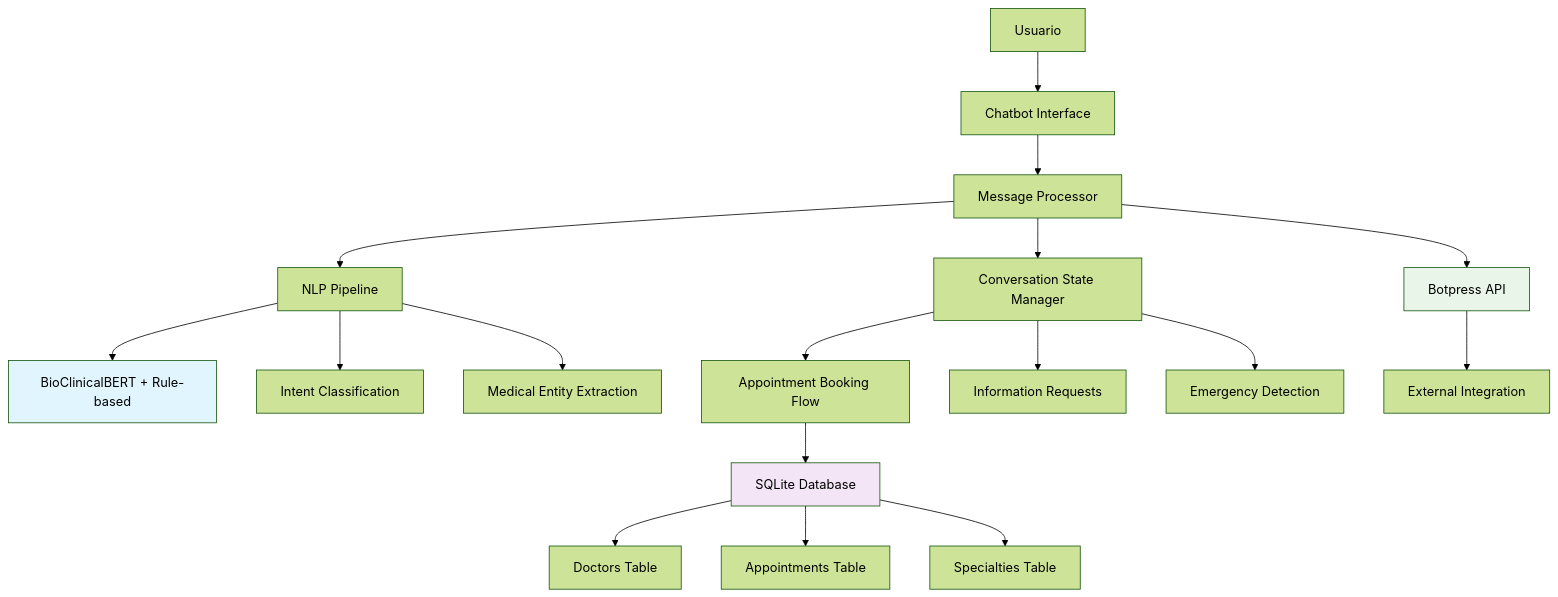
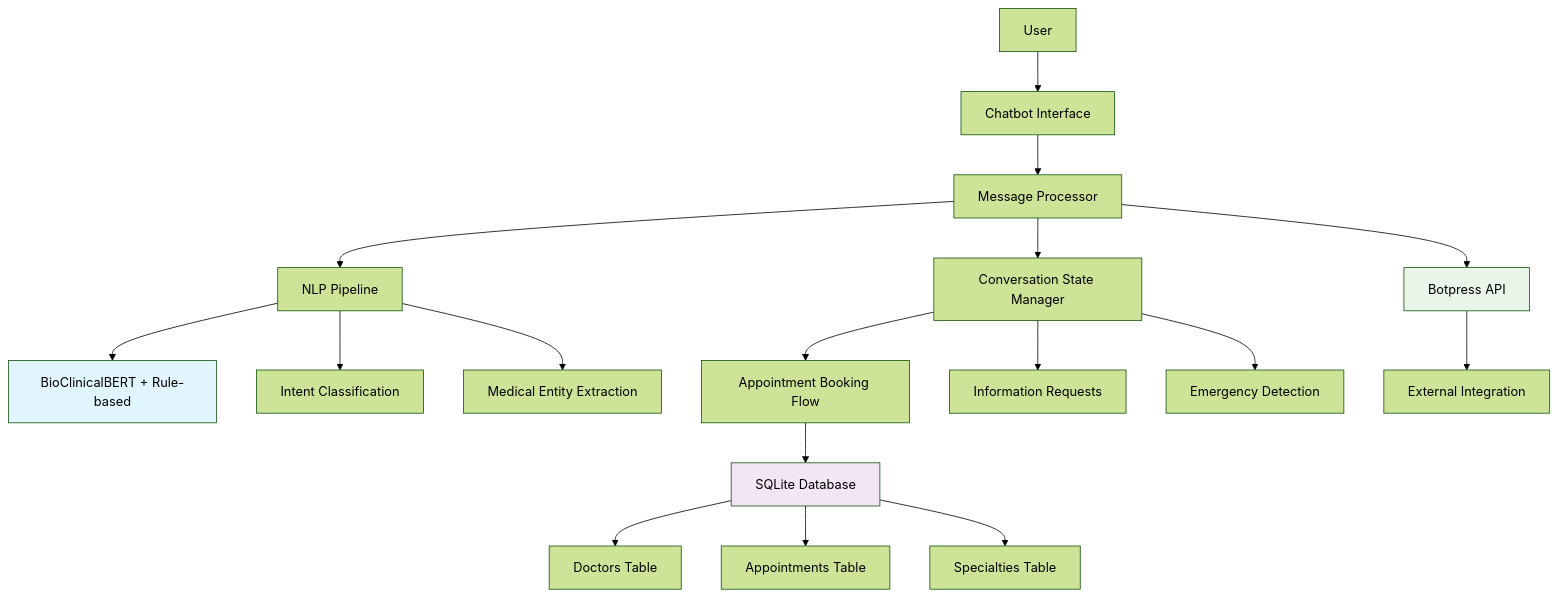
One commit to horacefonseca/ped_ass_chatbot changed the first of 6 diagrams in CHATBOT_DESIGN_FLOW.md. Above: the diagram before and after it, drawn with Mermaid (forest theme). The commit also changed other lines of this file, not shown here.

First line of the commit message:
Translate CHATBOT_DESIGN_FLOW.md to English

````diff
--- a/CHATBOT_DESIGN_FLOW.md
+++ b/CHATBOT_DESIGN_FLOW.md
@@ -15,26 +15,26 @@
 ```mermaid
 graph TD
-    A[Usuario] --> B[Chatbot Interface]
+    A[User] --> B[Chatbot Interface]
     B --> C[Message Processor]
     C --> D[NLP Pipeline]
     D --> E[BioClinicalBERT + Rule-based]
     D --> F[Intent Classification]
     D --> G[Medical Entity Extraction]
     
     C --> H[Conversation State Manager]
     H --> I[Appointment Booking Flow]
     H --> J[Information Requests]
     H --> K[Emergency Detection]
     
     I --> L[SQLite Database]
     L --> M[Doctors Table]
     L --> N[Appointments Table]
     L --> O[Specialties Table]
     
     C --> P[Botpress API]
     P --> Q[External Integration]
     
     style E fill:#e1f5fe
     style L fill:#f3e5f5
     style P fill:#e8f5e8
 ```
````
